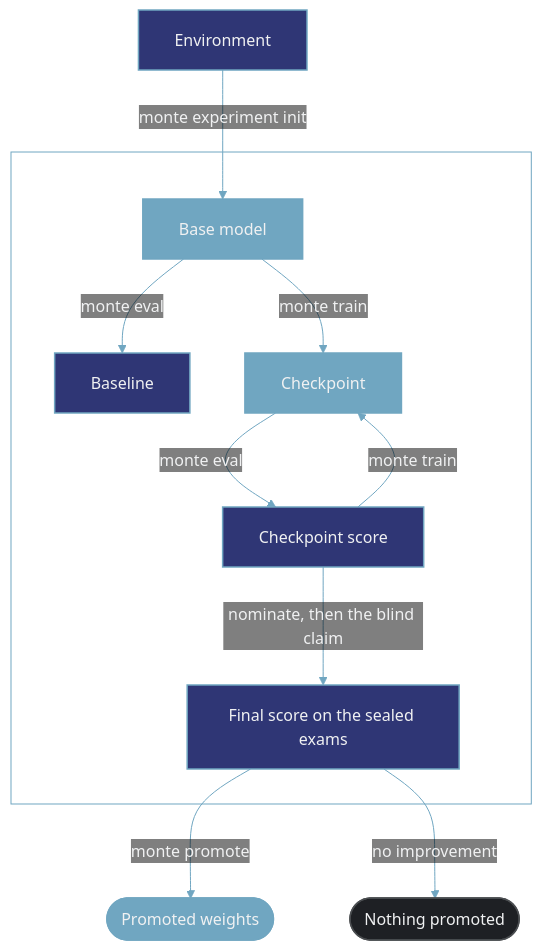
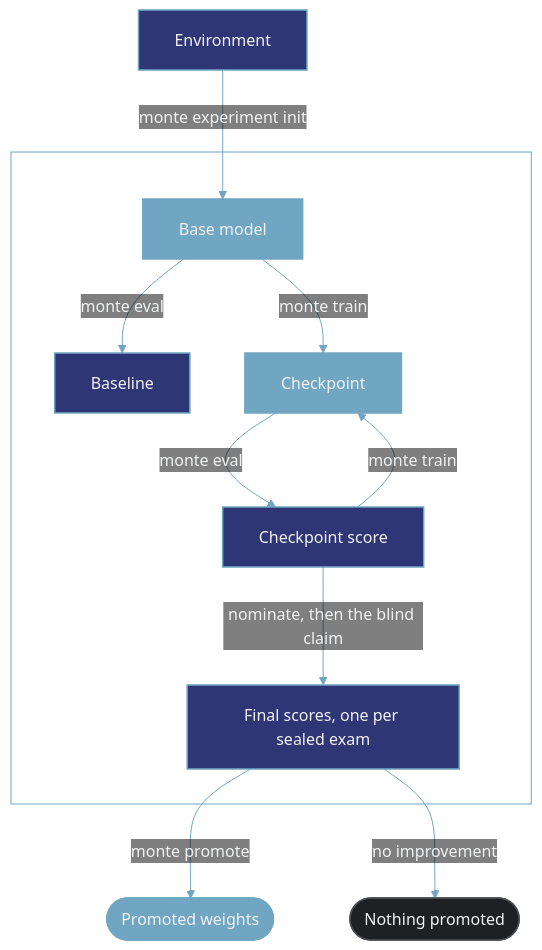
Before and after one commit to Monte-Inc/internal-monte-platform-docs: the diagram in index.mdx, drawn with Mermaid. The commit also changed other lines of this file and 4 other files, not shown here.

````diff
--- a/index.mdx
+++ b/index.mdx
@@ -27,29 +27,29 @@
 ```mermaid actions={false}
 %%{init: {'theme': 'base', 'themeVariables': {'primaryColor': '#315594', 'primaryTextColor': '#F0F1F2', 'primaryBorderColor': '#315594', 'lineColor': '#70A6C1', 'textColor': '#17181B', 'clusterBkg': 'transparent', 'clusterBorder': '#70A6C1', 'edgeLabelBackground': 'transparent', 'tertiaryColor': '#315594', 'tertiaryTextColor': '#F0F1F2', 'tertiaryBorderColor': '#315594'}, 'flowchart': {'subGraphTitleMargin': {'top': 0, 'bottom': 12}, 'rankSpacing': 70, 'nodeSpacing': 55, 'padding': 18}}}%%
 flowchart TD
     ENV["Environment"]:::entry
 
     subgraph M[" "]
         BM["Base model"]:::model
         BASE["Baseline"]:::score
         CP["Checkpoint"]:::model
         SCORE["Checkpoint score"]:::score
-        FINAL["Final score on the sealed exams"]:::score
+        FINAL["Final scores, one per sealed exam"]:::score
 
         BM -->|"monte eval"| BASE
         BM -->|"monte train"| CP
         CP -->|"monte eval"| SCORE
         SCORE -->|"monte train"| CP
         SCORE -->|"nominate, then the blind claim"| FINAL
     end
 
     ENV -->|"monte experiment init"| BM
     FINAL -->|"monte promote"| PROM(["Promoted weights"]):::promoted
     FINAL -->|"no improvement"| NONE(["Nothing promoted"]):::none
 
     classDef entry fill:#2F3675,stroke:#70A6C1,stroke-width:1.5px,color:#F0F1F2;
     classDef model fill:#70A6C1,stroke:#70A6C1,stroke-width:1.5px,color:#F0F1F2;
     classDef score fill:#2F3675,stroke:#70A6C1,stroke-width:1.5px,color:#F0F1F2;
     classDef promoted fill:#70A6C1,stroke:#70A6C1,stroke-width:1.5px,color:#F0F1F2;
     classDef none fill:#1E2024,stroke:#4A4D50,stroke-width:1.5px,color:#F0F1F2;
 ```
````
